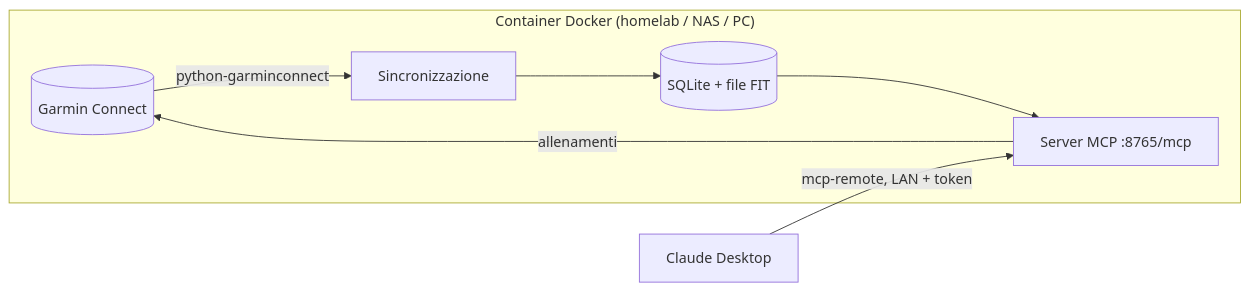
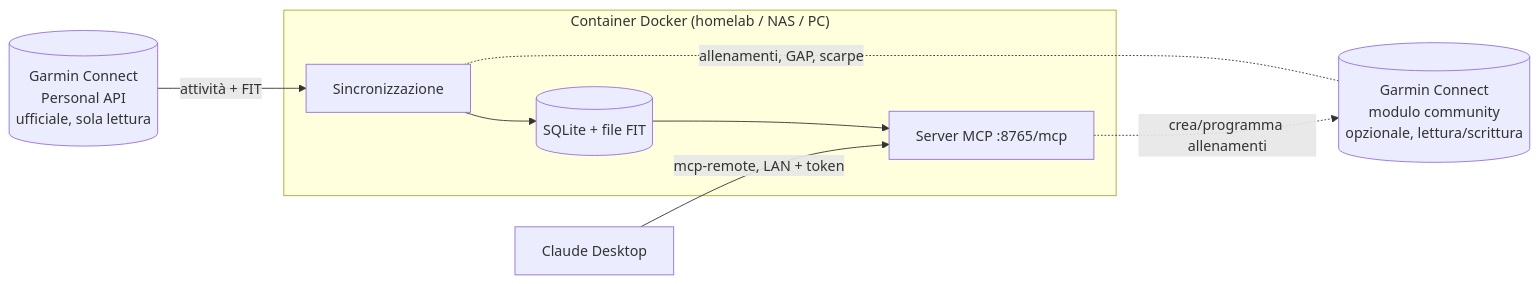
Before and after one commit to fabio983/garmin-coach-mcp: the diagram in README.it.md, drawn with Mermaid. The commit also changed other lines of this file and 15 other files, not shown here.

````diff
--- a/README.it.md
+++ b/README.it.md
@@ -65,10 +91,11 @@
 ```mermaid
 flowchart LR
-    GC[(Garmin Connect)] -- python-garminconnect --> S
+    PA[(Garmin Connect<br/>Personal API<br/>ufficiale, sola lettura)] -- attività + FIT --> S
+    GC[(Garmin Connect<br/>modulo community<br/>opzionale, lettura/scrittura)] -. allenamenti, GAP, scarpe .- S
     subgraph Server["Container Docker (homelab / NAS / PC)"]
         S[Sincronizzazione] --> DB[(SQLite + file FIT)]
         DB --> M[Server MCP :8765/mcp]
-        M -- allenamenti --> GC
     end
+    M -. crea/programma allenamenti .-> GC
     CD[Claude Desktop] -- mcp-remote, LAN + token --> M
 ```
````
